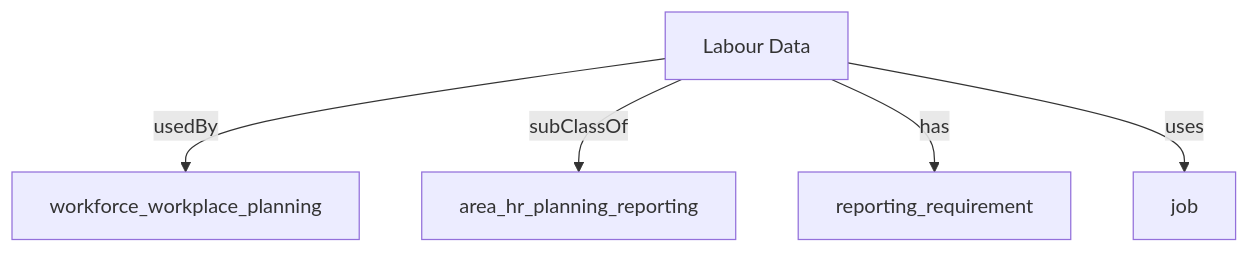
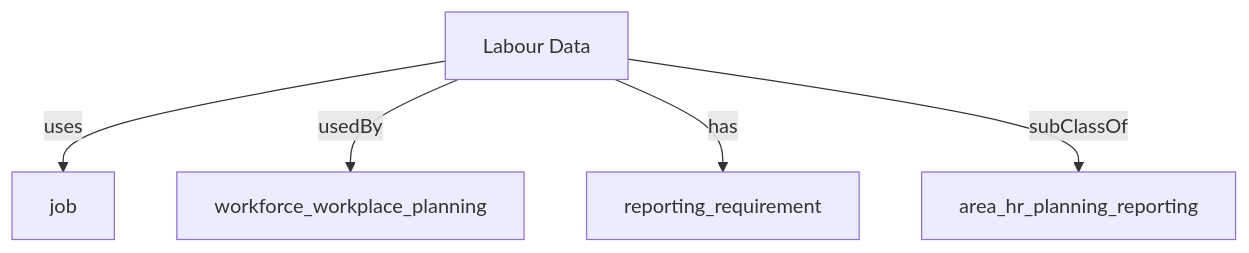
Before and after one commit to heidingaway/heidi2: the diagram in content/hr_data_model/labour_data.md, drawn with Mermaid. The commit also changed other lines of this file and 350 other files, not shown here.

````diff
--- a/content/hr_data_model/labour_data.md
+++ b/content/hr_data_model/labour_data.md
@@ -23,12 +24,12 @@
 ```mermaid
 graph TD
   Labour_Data["Labour Data"]:::current-page-node
   area_hr_planning_reporting["area_hr_planning_reporting"]
   reporting_requirement["reporting_requirement"]
   workforce_workplace_planning["workforce_workplace_planning"]
   job["job"]
+  Labour_Data-->|" uses "|job
   Labour_Data-->|" usedBy "|workforce_workplace_planning
+  Labour_Data-->|" has "|reporting_requirement
   Labour_Data-->|" subClassOf "|area_hr_planning_reporting
-  Labour_Data-->|" has "|reporting_requirement
-  Labour_Data-->|" uses "|job
 ```
````
